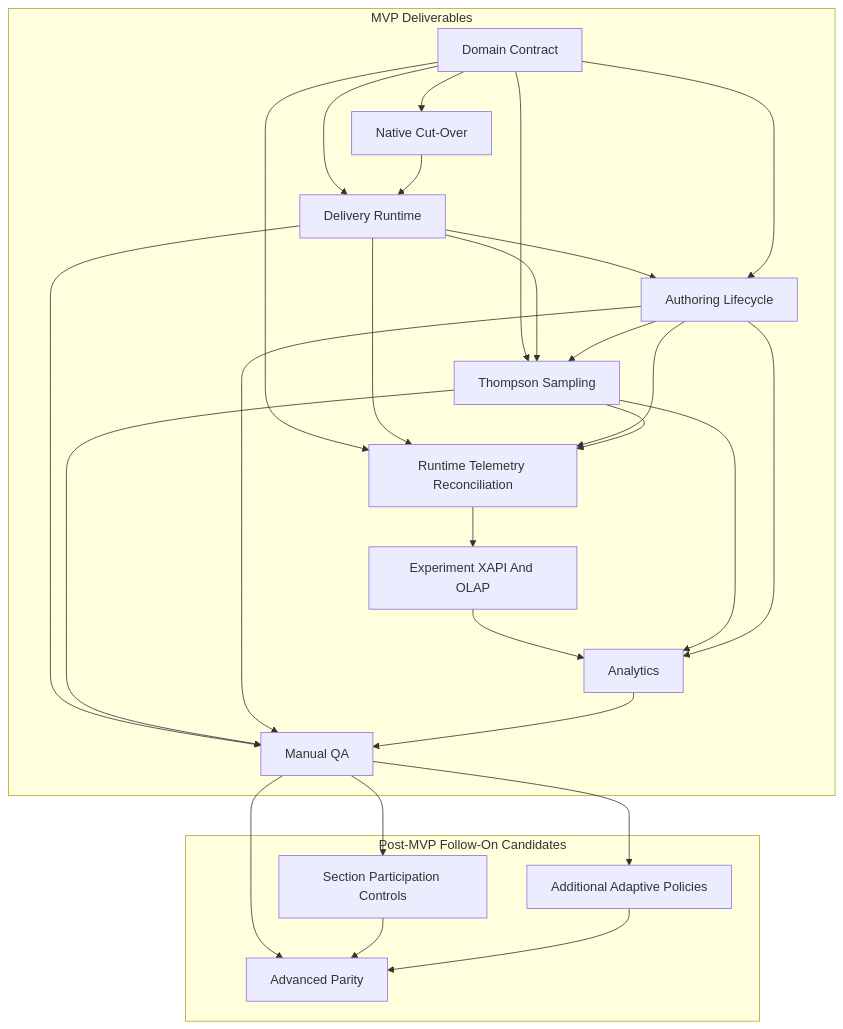
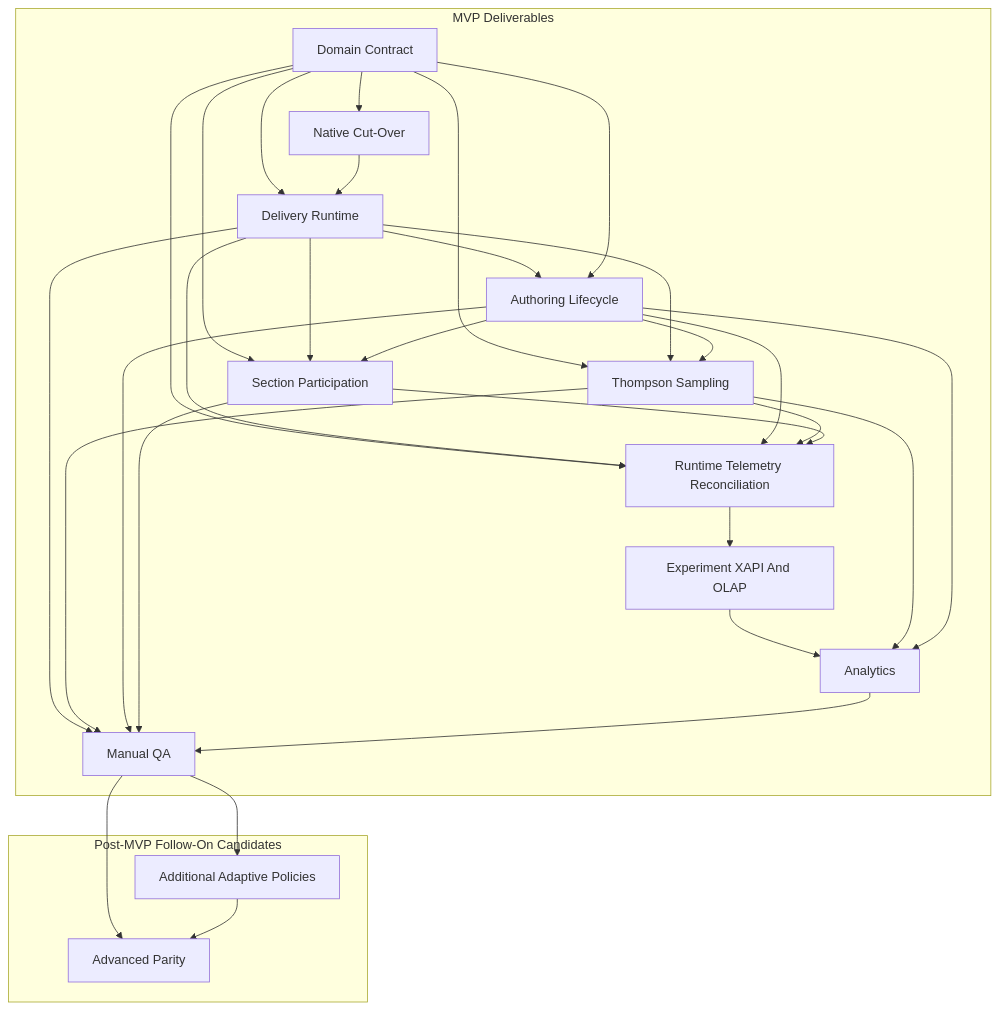
One commit to Simon-Initiative/oli-torus changed the diagram in docs/exec-plans/current/epics/ab_testing/plan.md. Above: the diagram before and after it, drawn with Mermaid. The commit also changed other lines of this file and 21 other files, not shown here.

Commit message:
section participation selection experiment authoring improvements

````diff
--- a/docs/exec-plans/current/epics/ab_testing/plan.md
+++ b/docs/exec-plans/current/epics/ab_testing/plan.md
@@ -525,46 +536,49 @@
 ```mermaid
 flowchart TD
   subgraph MVP["MVP Deliverables"]
   DOMAIN["Domain Contract"]
   CUTOVER["Native Cut-Over"]
   DELIVERY["Delivery Runtime"]
   TS["Thompson Sampling"]
   AUTHORING["Authoring Lifecycle"]
+  PARTICIPATION["Section Participation"]
   RECONCILE["Runtime Telemetry Reconciliation"]
   OLAP["Experiment XAPI And OLAP"]
   ANALYTICS["Analytics"]
   QA["Manual QA"]
   end
 
   subgraph FOLLOWON["Post-MVP Follow-On Candidates"]
   ADAPTIVE["Additional Adaptive Policies"]
   PARITY["Advanced Parity"]
-  PARTICIPATION["Section Participation Controls"]
   end
 
   DOMAIN --> CUTOVER
   DOMAIN --> DELIVERY
   CUTOVER --> DELIVERY
   DELIVERY --> AUTHORING
   DOMAIN --> AUTHORING
   DOMAIN --> TS
   DELIVERY --> TS
   AUTHORING --> TS
+  DOMAIN --> PARTICIPATION
+  DELIVERY --> PARTICIPATION
+  AUTHORING --> PARTICIPATION
   DOMAIN --> RECONCILE
   DELIVERY --> RECONCILE
   AUTHORING --> RECONCILE
   TS --> RECONCILE
+  PARTICIPATION --> RECONCILE
   RECONCILE --> OLAP
   OLAP --> ANALYTICS
   TS --> ANALYTICS
   AUTHORING --> ANALYTICS
   DELIVERY --> QA
   TS --> QA
   AUTHORING --> QA
+  PARTICIPATION --> QA
   ANALYTICS --> QA
   QA --> ADAPTIVE
-  QA --> PARTICIPATION
   QA --> PARITY
-  PARTICIPATION --> PARITY
   ADAPTIVE --> PARITY
 ```
````
